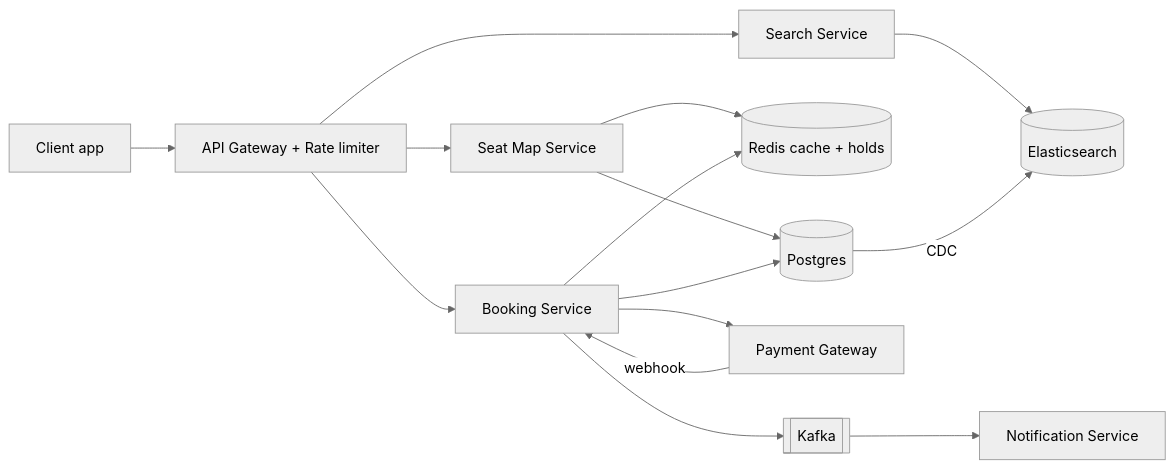
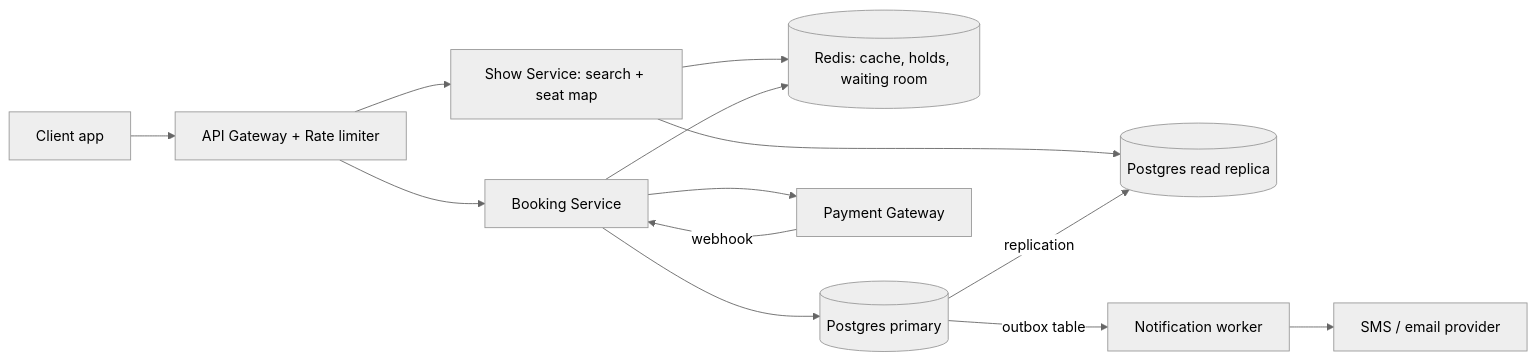
The first of 3 diagrams in content-en/02-questions/t1-05-bookmyshow.md (flow6979/system-design-prep), drawn with Mermaid (neutral theme) before and after one commit. The commit also changed other lines of this file and 61 other files, not shown here.

````diff
--- a/content-en/02-questions/t1-05-bookmyshow.md
+++ b/content-en/02-questions/t1-05-bookmyshow.md
@@ -78,17 +84,15 @@
 ```mermaid
 flowchart LR
   C["Client app"] --> G["API Gateway + Rate limiter"]
-  G --> S["Search Service"]
-  G --> SM["Seat Map Service"]
+  G --> S["Show Service: search + seat map"]
   G --> B["Booking Service"]
-  S --> ES[("Elasticsearch")]
-  SM --> RC[("Redis cache + holds")]
-  SM --> DB[("Postgres")]
+  S --> RC[("Redis: cache, holds, waiting room")]
+  S --> RR[("Postgres read replica")]
   B --> RC
-  B --> DB
+  B --> DB[("Postgres primary")]
+  DB -- "replication" --> RR
   B --> PG["Payment Gateway"]
-  PG -- webhook --> B
-  B --> K[["Kafka"]]
-  K --> N["Notification Service"]
-  DB -- CDC --> ES
+  PG -- "webhook" --> B
+  DB -- "outbox table" --> W["Notification worker"]
+  W --> SMS["SMS / email provider"]
 ```
````
